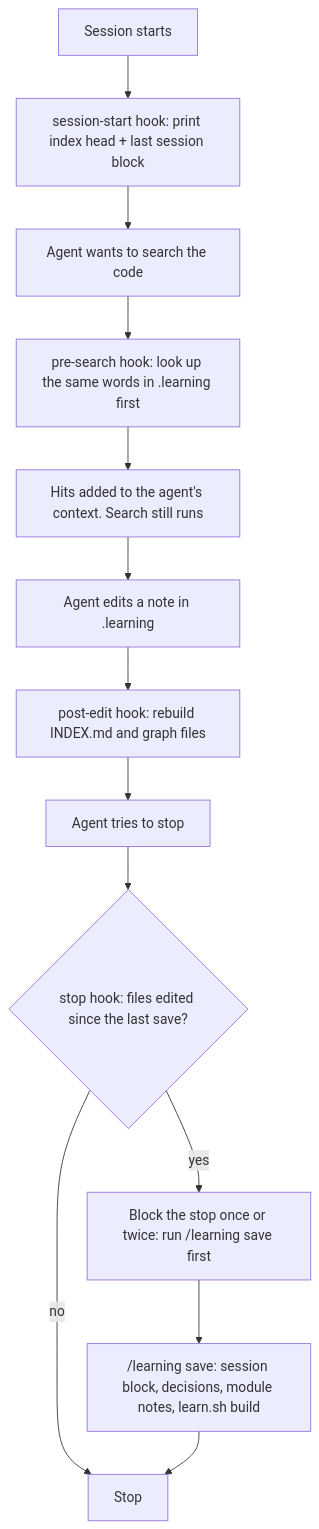
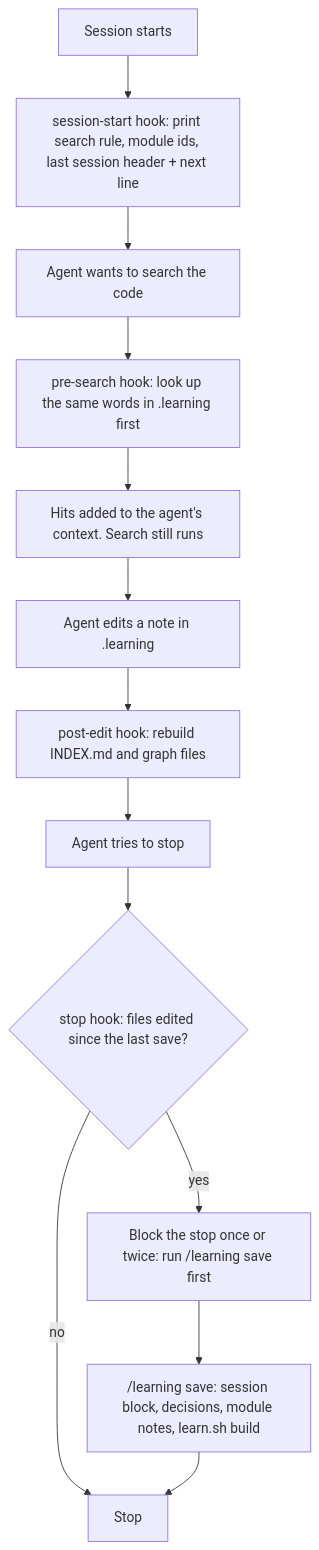
The diagram in skills/learning/README.md (irfanguvian/ig-skills), drawn with Mermaid before and after one commit. The commit also changed other lines of this file and 6 other files, not shown here.

````diff
--- a/skills/learning/README.md
+++ b/skills/learning/README.md
@@ -22,15 +22,15 @@
 ```mermaid
 flowchart TD
-  A[Session starts] --> B[session-start hook: print index head + last session block]
+  A[Session starts] --> B[session-start hook: print search rule, module ids, last session header + next line]
   B --> C[Agent wants to search the code]
   C --> D[pre-search hook: look up the same words in .learning first]
   D --> E[Hits added to the agent's context. Search still runs]
   E --> F[Agent edits a note in .learning]
   F --> G[post-edit hook: rebuild INDEX.md and graph files]
   G --> H[Agent tries to stop]
   H --> I{stop hook: files edited since the last save?}
   I -->|yes| J[Block the stop once or twice: run /learning save first]
   I -->|no| K[Stop]
   J --> L["/learning save: session block, decisions, module notes, learn.sh build"]
   L --> K
 ```
````
